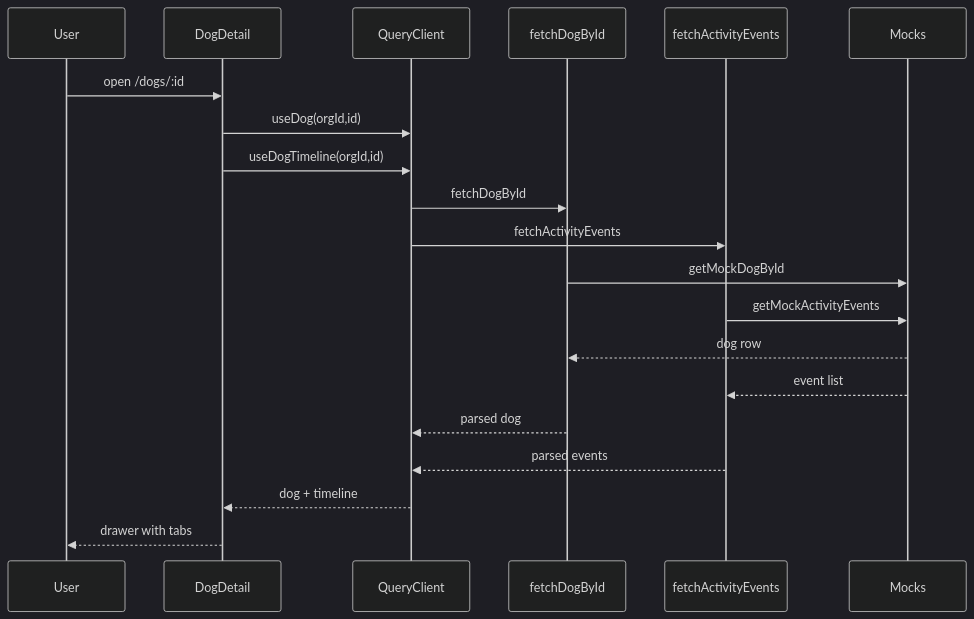
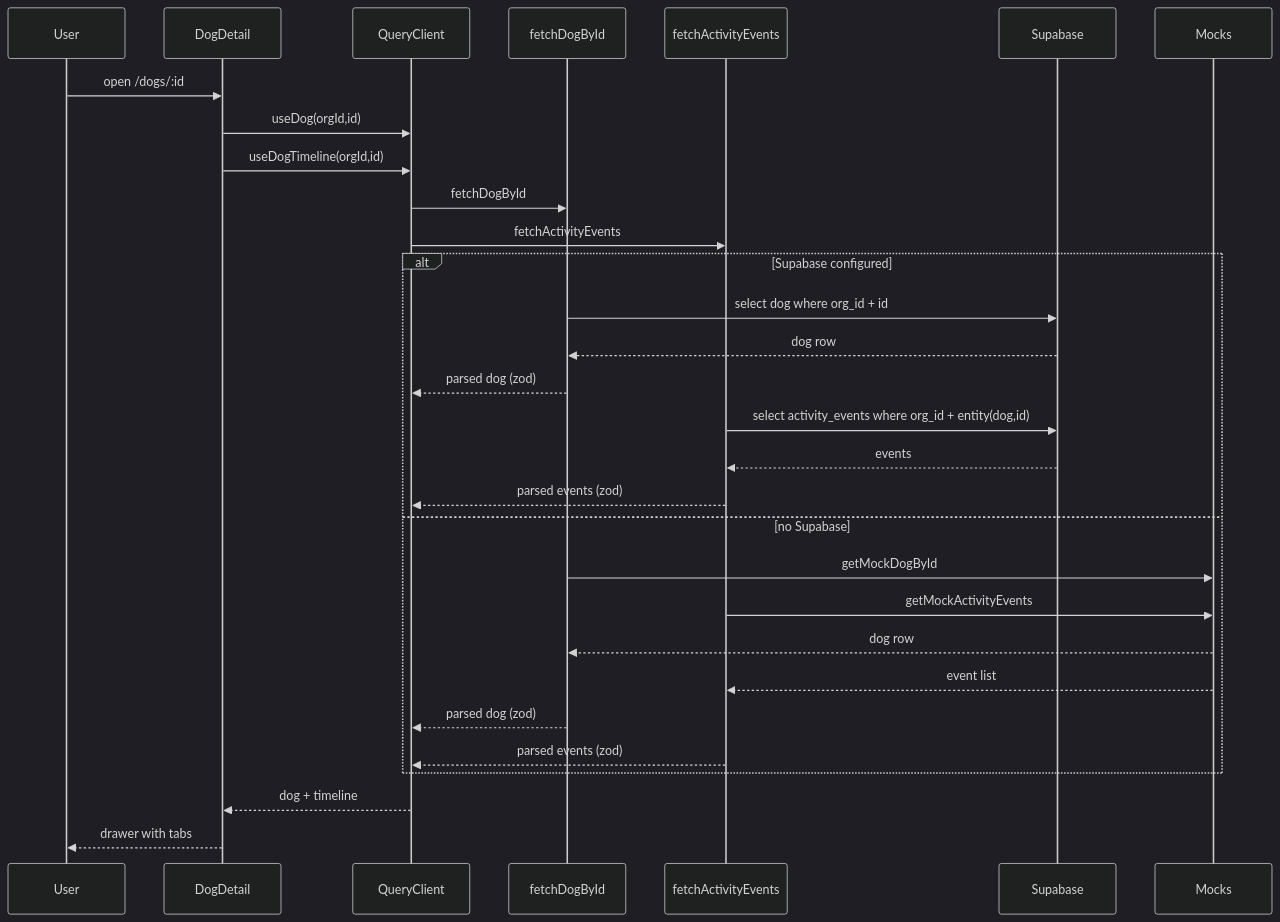
The diagram in docs/diagrams/sequences/03_dog_detail_timeline.mmd (KRUKMAN/fafiq-app), drawn with Mermaid (dark theme) before and after one commit. The commit also changed 15 other files, not shown here.

```diff
--- a/docs/diagrams/sequences/03_dog_detail_timeline.mmd
+++ b/docs/diagrams/sequences/03_dog_detail_timeline.mmd
@@ -1,20 +1,30 @@
 sequenceDiagram
   participant User
   participant Detail as DogDetail
   participant Query as QueryClient
   participant DogData as fetchDogById
   participant Events as fetchActivityEvents
+  participant Supabase
   participant Mocks
   User->>Detail: open /dogs/:id
   Detail->>Query: useDog(orgId,id)
   Detail->>Query: useDogTimeline(orgId,id)
   Query->>DogData: fetchDogById
   Query->>Events: fetchActivityEvents
-  DogData->>Mocks: getMockDogById
-  Events->>Mocks: getMockActivityEvents
-  Mocks-->>DogData: dog row
-  Mocks-->>Events: event list
-  DogData-->>Query: parsed dog
-  Events-->>Query: parsed events
+  alt Supabase configured
+    DogData->>Supabase: select dog where org_id + id
+    Supabase-->>DogData: dog row
+    DogData-->>Query: parsed dog (zod)
+    Events->>Supabase: select activity_events where org_id + entity(dog,id)
+    Supabase-->>Events: events
+    Events-->>Query: parsed events (zod)
+  else no Supabase
+    DogData->>Mocks: getMockDogById
+    Events->>Mocks: getMockActivityEvents
+    Mocks-->>DogData: dog row
+    Mocks-->>Events: event list
+    DogData-->>Query: parsed dog (zod)
+    Events-->>Query: parsed events (zod)
+  end
   Query-->>Detail: dog + timeline
   Detail-->>User: drawer with tabs
```
